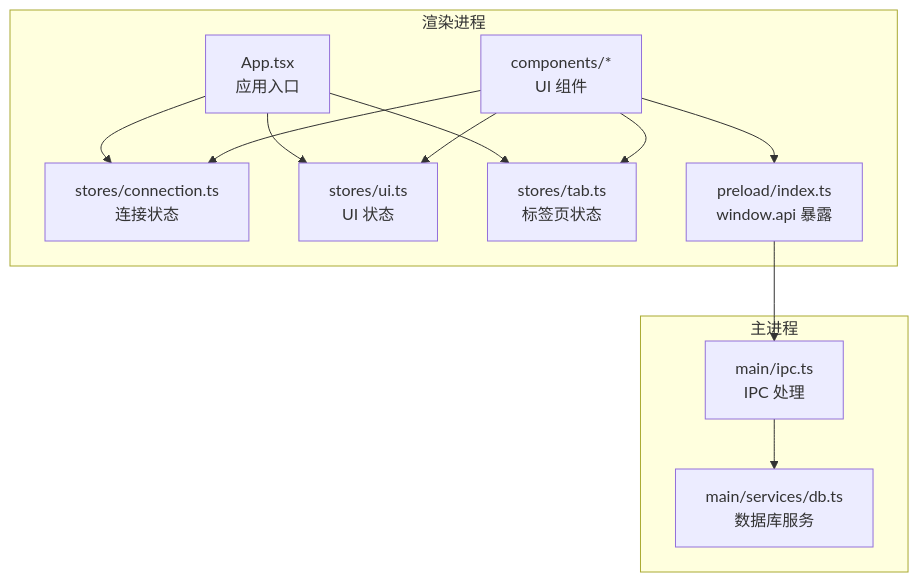
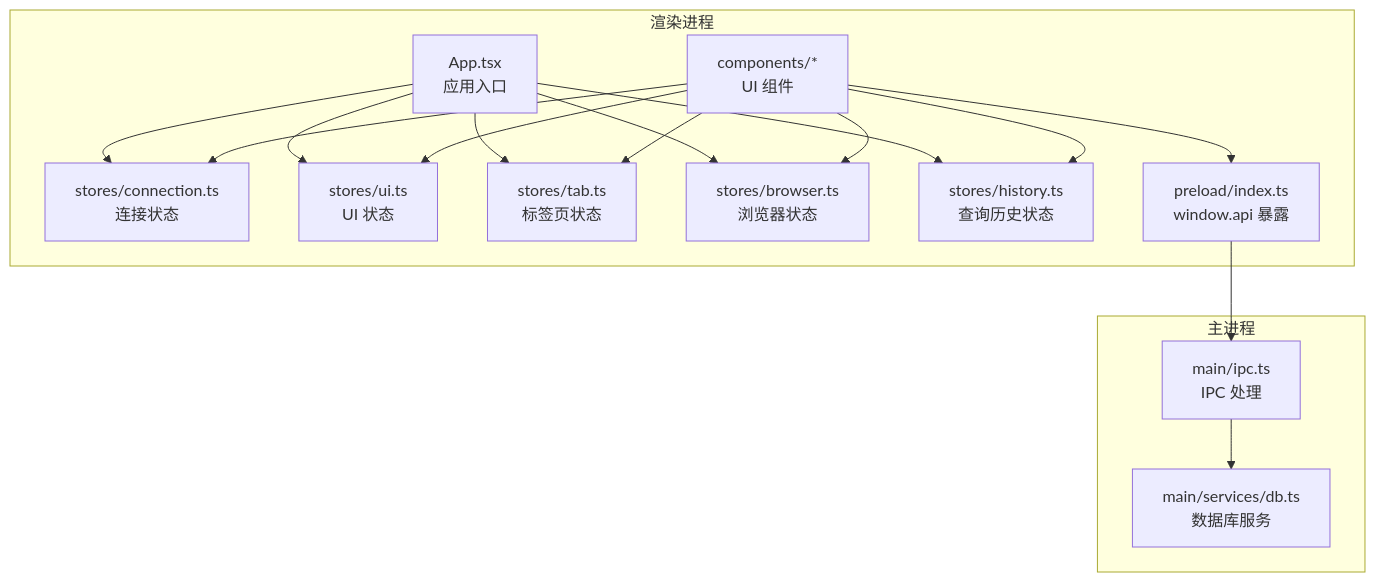
One commit to wwenbo2048/nexsql changed the first of 8 diagrams in .qoder/repowiki/zh/content/状态管理/状态管理.md. Above: the diagram before and after it, drawn with Mermaid. The commit also changed other lines of this file and 19 other files, not shown here.

````diff
--- a/.qoder/repowiki/zh/content/状态管理/状态管理.md
+++ b/.qoder/repowiki/zh/content/状态管理/状态管理.md
@@ -46,24 +62,30 @@
 ```mermaid
 graph TB
 subgraph "渲染进程"
 A["App.tsx<br/>应用入口"]
 B["stores/connection.ts<br/>连接状态"]
 C["stores/ui.ts<br/>UI 状态"]
 D["stores/tab.ts<br/>标签页状态"]
-E["components/*<br/>UI 组件"]
-F["preload/index.ts<br/>window.api 暴露"]
+E["stores/browser.ts<br/>浏览器状态"]
+F["stores/history.ts<br/>查询历史状态"]
+G["components/*<br/>UI 组件"]
+H["preload/index.ts<br/>window.api 暴露"]
 end
 subgraph "主进程"
-G["main/ipc.ts<br/>IPC 处理"]
-H["main/services/db.ts<br/>数据库服务"]
+I["main/ipc.ts<br/>IPC 处理"]
+J["main/services/db.ts<br/>数据库服务"]
 end
 A --> B
 A --> C
 A --> D
-E --> B
-E --> C
-E --> D
-E --> F
-F --> G
+A --> E
+A --> F
+G --> B
+G --> C
+G --> D
+G --> E
+G --> F
 G --> H
+H --> I
+I --> J
 ```
````
